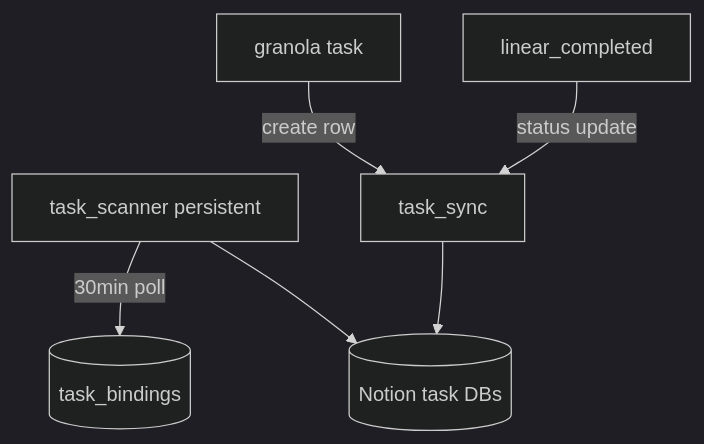
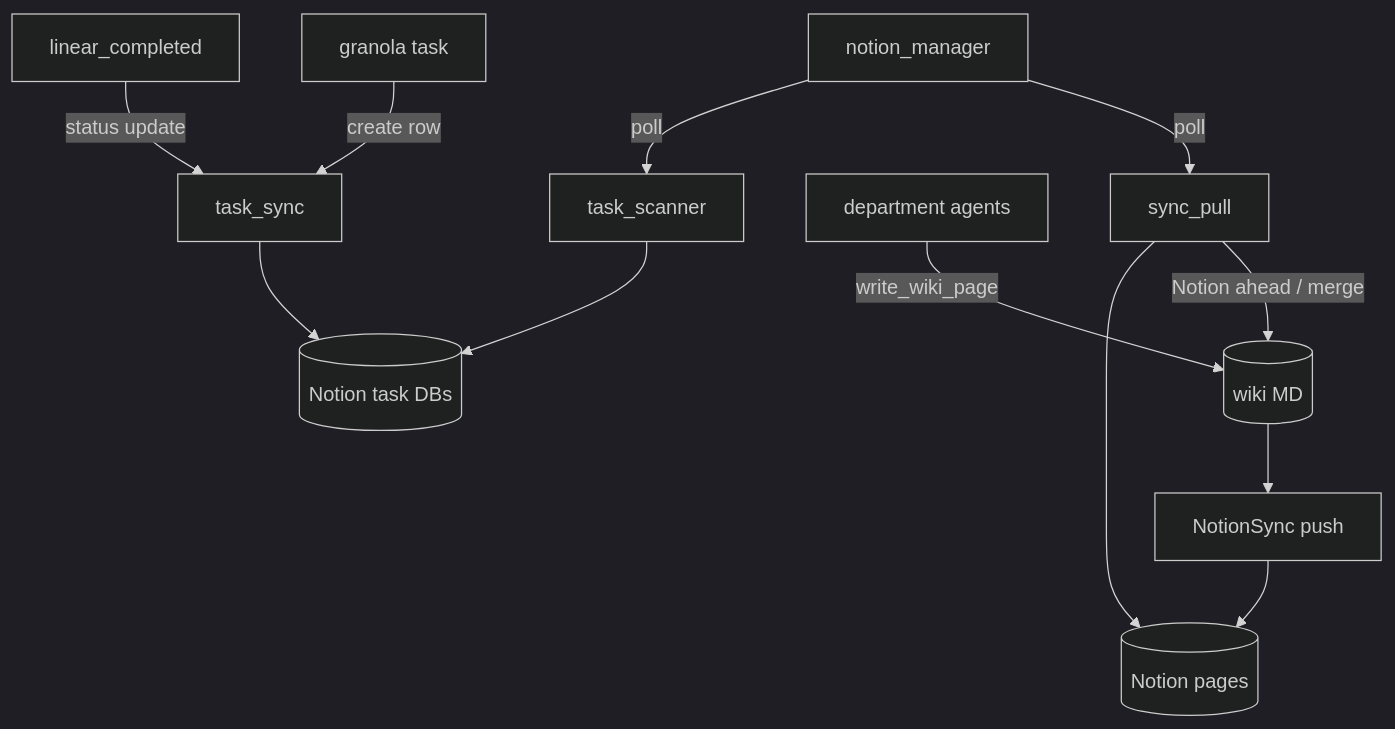
The fifth of 5 diagrams in docs/agents/operations.md (NickyHeC/4r7a), drawn with Mermaid (dark theme) before and after one commit. The commit also changed other lines of this file and 18 other files, not shown here.

First line of the commit message:
Add Notion teamspace defaults and bidirectional page sync.

````diff
--- a/docs/agents/operations.md
+++ b/docs/agents/operations.md
@@ -637,8 +637,14 @@
 ```mermaid
 flowchart TD
-  TS[task_scanner persistent] -->|30min poll| TB[(task_bindings)]
+  NM[notion_manager] -->|poll| SP[sync_pull]
+  NM -->|poll| TS[task_scanner]
+  SP -->|Notion ahead / merge| MD[(wiki MD)]
+  AG[department agents] -->|write_wiki_page| MD
+  MD --> NS[NotionSync push]
+  NS --> N[(Notion pages)]
+  SP --> N
   TS --> NDB[(Notion task DBs)]
   GT[granola task] -->|create row| SYNC[task_sync]
   LC[linear_completed] -->|status update| SYNC
   SYNC --> NDB
 ```
````
